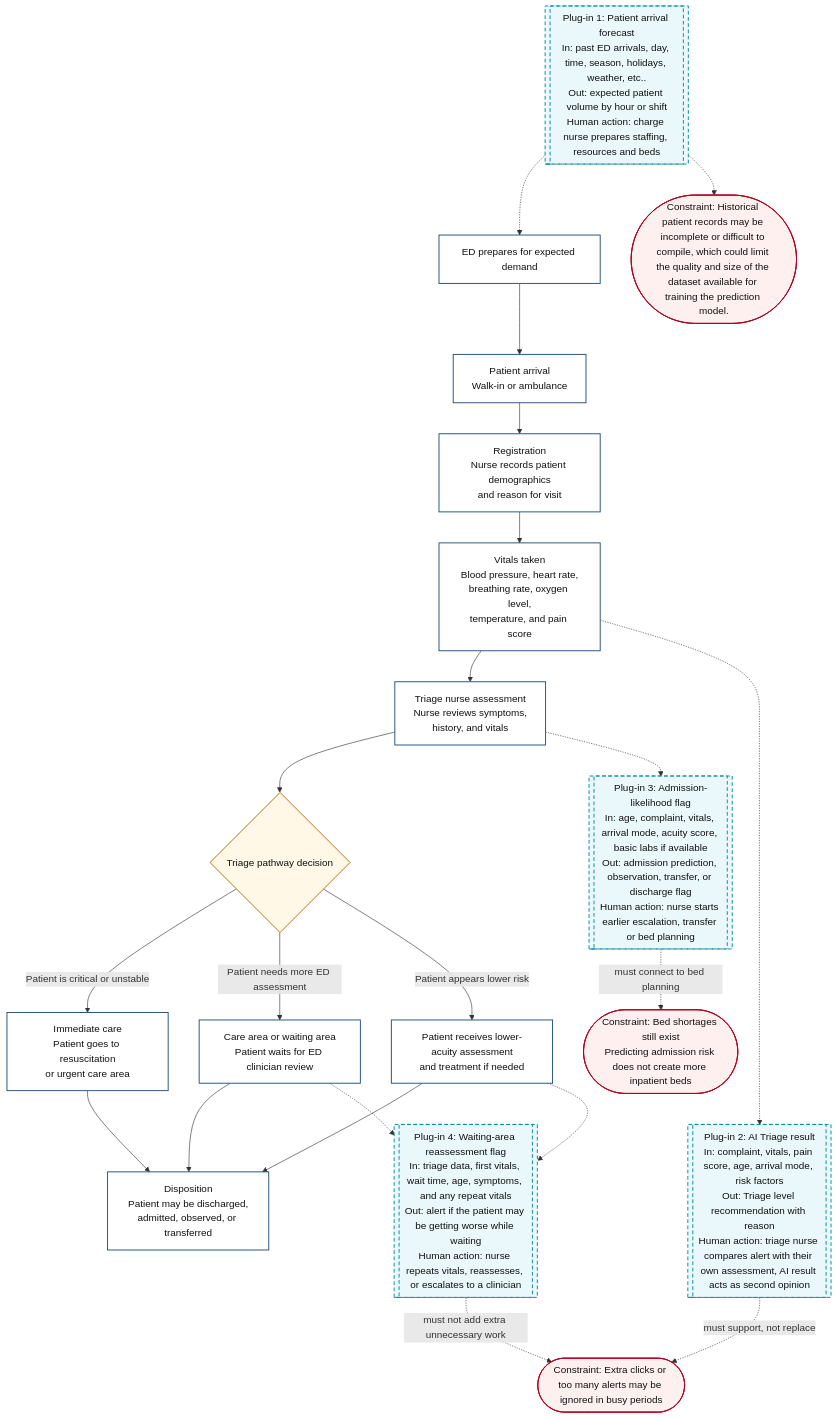
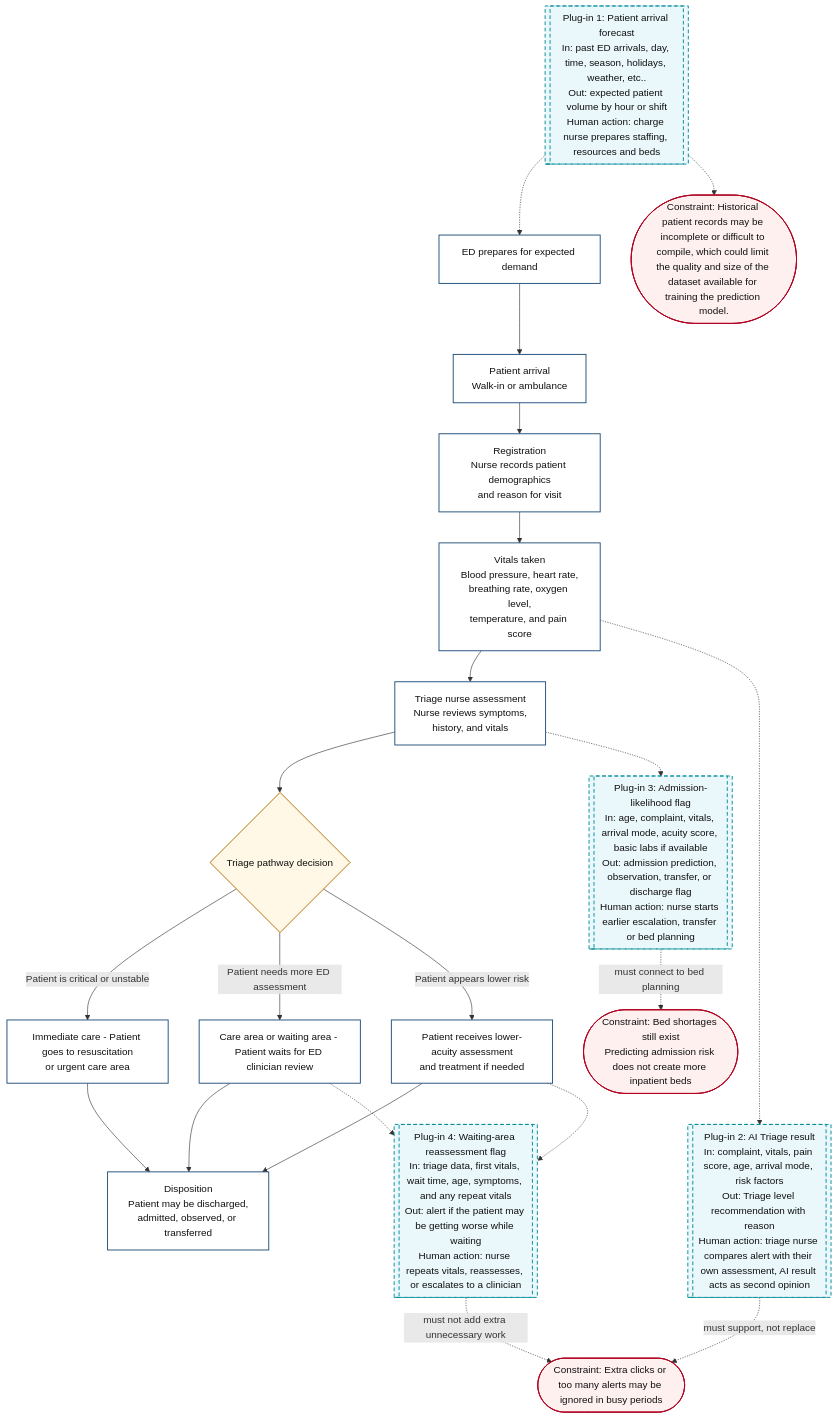
The diagram in docs/week_3_workflow_diagram.md (tinadams/carisurg-portfolio), drawn with Mermaid before and after one commit.

Commit message:
Clarify patient care pathways in workflow diagram

````diff
--- a/docs/week_3_workflow_diagram.md
+++ b/docs/week_3_workflow_diagram.md
@@ -1,61 +1,61 @@
 ```mermaid
 flowchart TD
 
 A[Patient arrival<br/>Walk-in or ambulance] --> B[Registration<br/>Nurse records patient demographics<br/>and reason for visit]
 
 B --> C[Vitals taken<br/>Blood pressure, heart rate,<br/>breathing rate, oxygen level,<br/>temperature, and pain score]
 
 C --> D[Triage nurse assessment<br/>Nurse reviews symptoms,<br/>history, and vitals]
 
 D --> E{Triage pathway decision}
 
-E -->|Patient is critical or unstable| F[Immediate care<br/>Patient goes to resuscitation<br/>or urgent care area]
+E -->|Patient is critical or unstable| F[Immediate care - Patient goes to resuscitation<br/>or urgent care area]
 
-E -->|Patient needs more ED assessment| G[Care area or waiting area<br/>Patient waits for ED clinician review]
+E -->|Patient needs more ED assessment| G[Care area or waiting area - Patient waits for ED clinician review]
 
 E -->|Patient appears lower risk| H[Patient receives lower-acuity assessment<br/>and treatment if needed]
 
 H --> I[Disposition<br/>Patient may be discharged,<br/>admitted, observed, or transferred]
 
 F --> I[Disposition<br/>Patient may be discharged,<br/>admitted, observed, or transferred]
 
 G --> I[Disposition<br/>Patient may be discharged,<br/>admitted, observed, or transferred]
 
 AI1[[Plug-in 1: Patient arrival forecast<br/>In: past ED arrivals, day, time, season, holidays, weather, etc..<br/>Out: expected patient volume by hour or shift<br/>Human action: charge nurse prepares staffing, resources and beds]]
 
 AI2[[Plug-in 2: AI Triage result<br/>In: complaint, vitals, pain score, age, arrival mode, risk factors<br/>Out: Triage level recommendation with reason<br/>Human action: triage nurse compares alert with their own assessment, AI result acts as second opinion]]
 
 AI3[[Plug-in 3: Admission-likelihood flag<br/>In: age, complaint, vitals, arrival mode, acuity score, basic labs if available<br/>Out: admission prediction, observation, transfer, or discharge flag<br/>Human action: nurse starts earlier escalation, transfer or bed planning]]
 
 AI4[[Plug-in 4: Waiting-area reassessment flag<br/>In: triage data, first vitals, wait time, age, symptoms, and any repeat vitals<br/>Out: alert if the patient may be getting worse while waiting<br/>Human action: nurse repeats vitals, reassesses, or escalates to a clinician]]
 
 PRE[ED prepares for expected demand]
 
 AI1 -.-> PRE
 PRE --> A
 D -.-> AI3
 C -.-> AI2
 G -.-> AI4
 H -.-> AI4
 
 C1([Constraint: Historical patient records may be incomplete or difficult to compile, which could limit the quality and size of the dataset available for training the prediction model.])
 
 C2([Constraint: Extra clicks or too many alerts may be ignored in busy periods])
 
 C3([Constraint: Bed shortages still exist<br/>Predicting admission risk does not create more inpatient beds])
 
 AI1 -.-> C1
 AI2 -. must support, not replace .-> C2
 AI3 -. must connect to bed planning .-> C3
 AI4 -. must not add extra unnecessary work .-> C2
 
 classDef process fill:#ffffff,stroke:#1f4e79,stroke-width:1.5px,color:#111;
 classDef decision fill:#fff8e6,stroke:#b36b00,stroke-width:1.5px,color:#111;
 classDef ai fill:#eaf7fb,stroke:#008c99,stroke-width:1.5px,stroke-dasharray: 6 4,color:#111;
 classDef constraint fill:#fff0f0,stroke:#b00020,stroke-width:1.5px,color:#111;
 
 class A,B,C,D,F,G,H,I,PRE process;
 class E decision;
 class AI1,AI2,AI3,AI4 ai;
 class C1,C2,C3 constraint;
 ```
````
